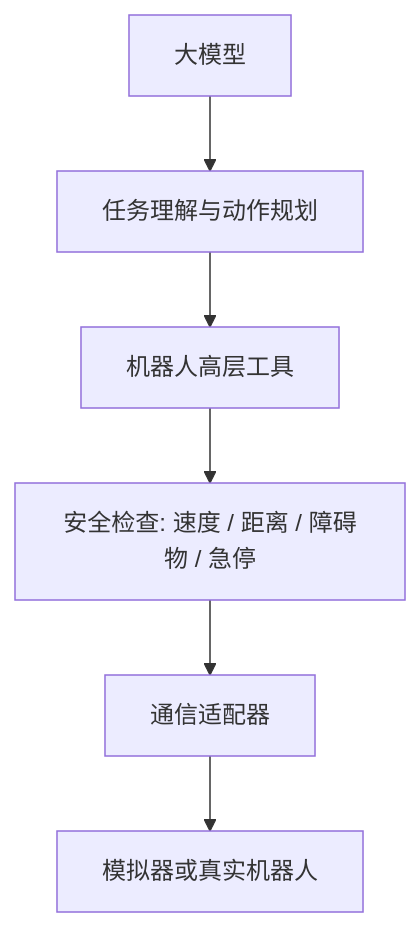
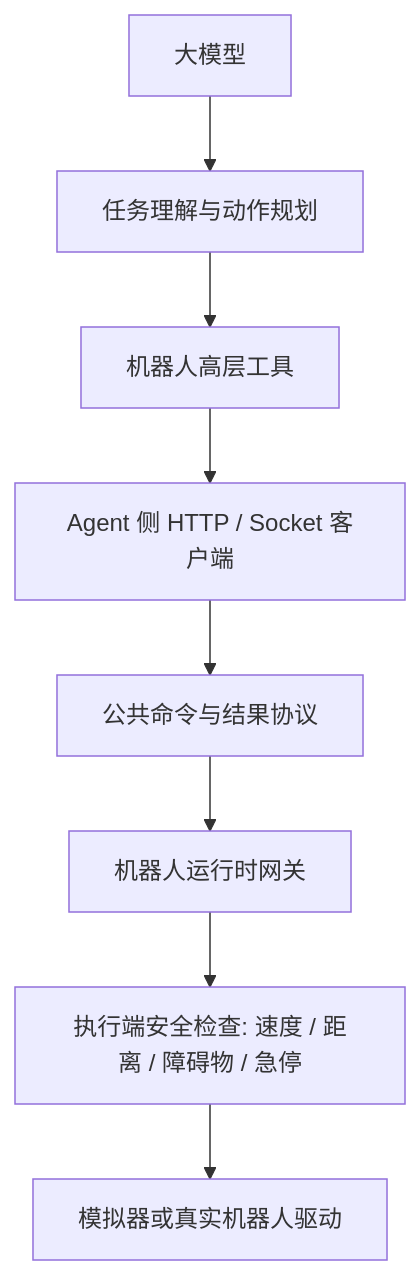
The third of 3 diagrams in docs/agent_execution_chain.md (zhuzhu-WQ595/g1-mobile-manip-agent), drawn with Mermaid before and after one commit. The commit also changed other lines of this file and 74 other files, not shown here.

Commit message:
feat: establish modular agent execution architecture

````diff
--- a/docs/agent_execution_chain.md
+++ b/docs/agent_execution_chain.md
@@ -103,8 +131,10 @@
 ```mermaid
 flowchart TD
     LLM[大模型] --> PLAN[任务理解与动作规划]
     PLAN --> RTOOLS[机器人高层工具]
-    RTOOLS --> SAFE[安全检查: 速度 / 距离 / 障碍物 / 急停]
-    SAFE --> ADAPT[通信适配器]
-    ADAPT --> TARGET[模拟器或真实机器人]
+    RTOOLS --> CLIENT[Agent 侧 HTTP / Socket 客户端]
+    CLIENT --> CONTRACT[公共命令与结果协议]
+    CONTRACT --> GATEWAY[机器人运行时网关]
+    GATEWAY --> SAFE[执行端安全检查: 速度 / 距离 / 障碍物 / 急停]
+    SAFE --> TARGET[模拟器或真实机器人驱动]
 ```
````
